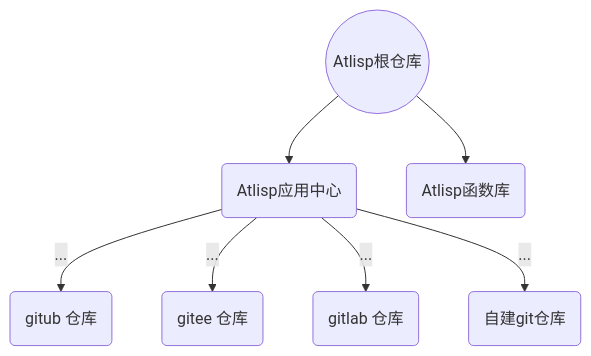
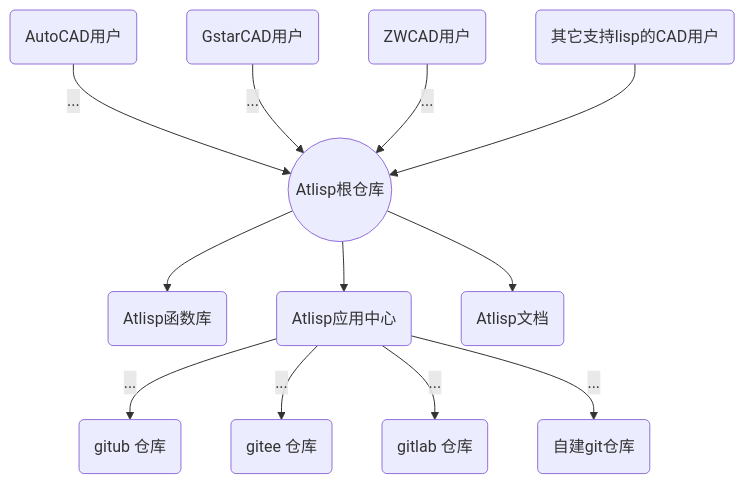
One commit to atlisp-org/atlisp changed the diagram in README.org. Above: the diagram before and after it, drawn with Mermaid. The commit also changed 2 other files, not shown here.

Commit message:
shell script

```diff
--- a/README.org
+++ b/README.org
@@ -4,9 +4,14 @@
 #+BEGIN_SRC mermaid
-graph TD;
-A((Atlisp根仓库))--> B( Atlisp应用中心);
-A--> C( Atlisp函数库);
-B-->|...| D(gitub 仓库);
-B-->|...| E(gitee 仓库);
-B-->|...| F(gitlab 仓库);
-B-->|...| G(自建git仓库);
+  graph TD;
+  O(AutoCAD用户)-->|...|A((Atlisp根仓库));
+  P(GstarCAD用户) -->|...|A;
+  Q(ZWCAD用户)-->|...|A;
+  R(其它支持lisp的CAD用户)-->A;
+  A--> B( Atlisp函数库);
+  A--> C( Atlisp应用中心);
+  A--> D( Atlisp文档);    
+  C-->|...| H(gitub 仓库);
+  C-->|...| E(gitee 仓库);
+  C-->|...| F(gitlab 仓库);
+  C-->|...| G(自建git仓库);
 #+END_SRC
```
